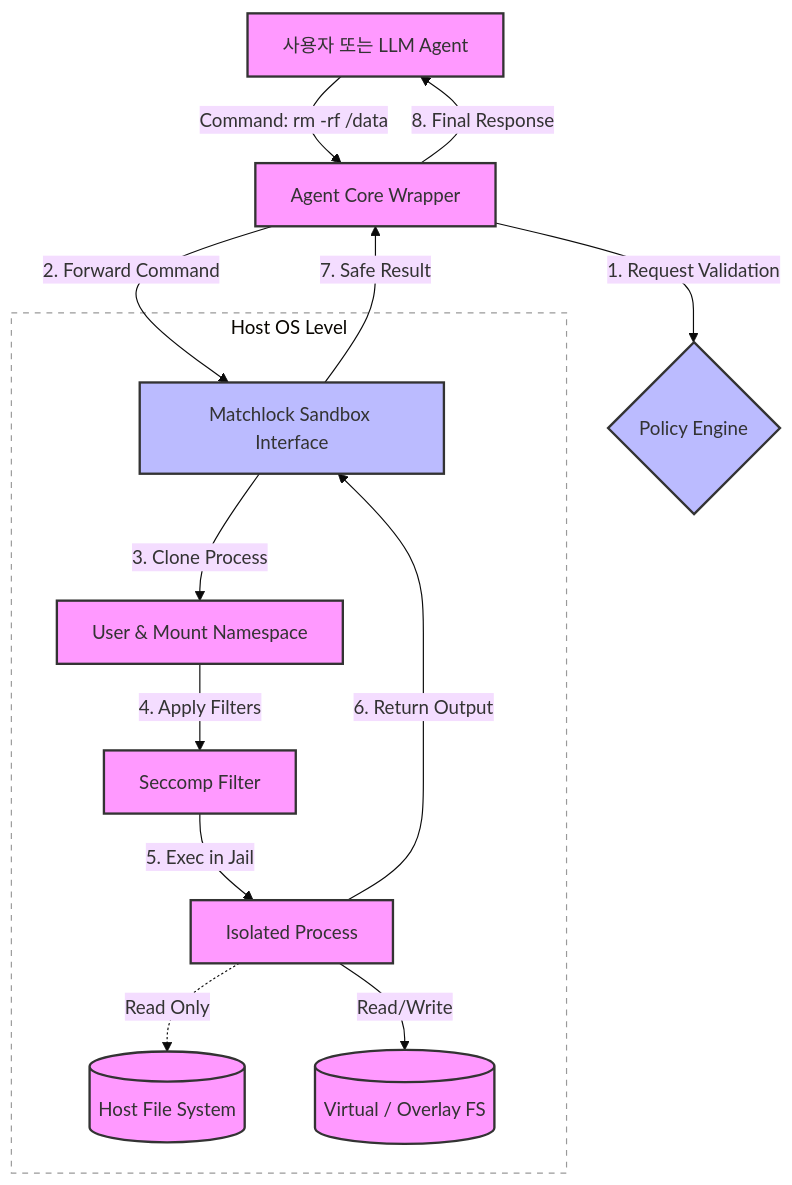
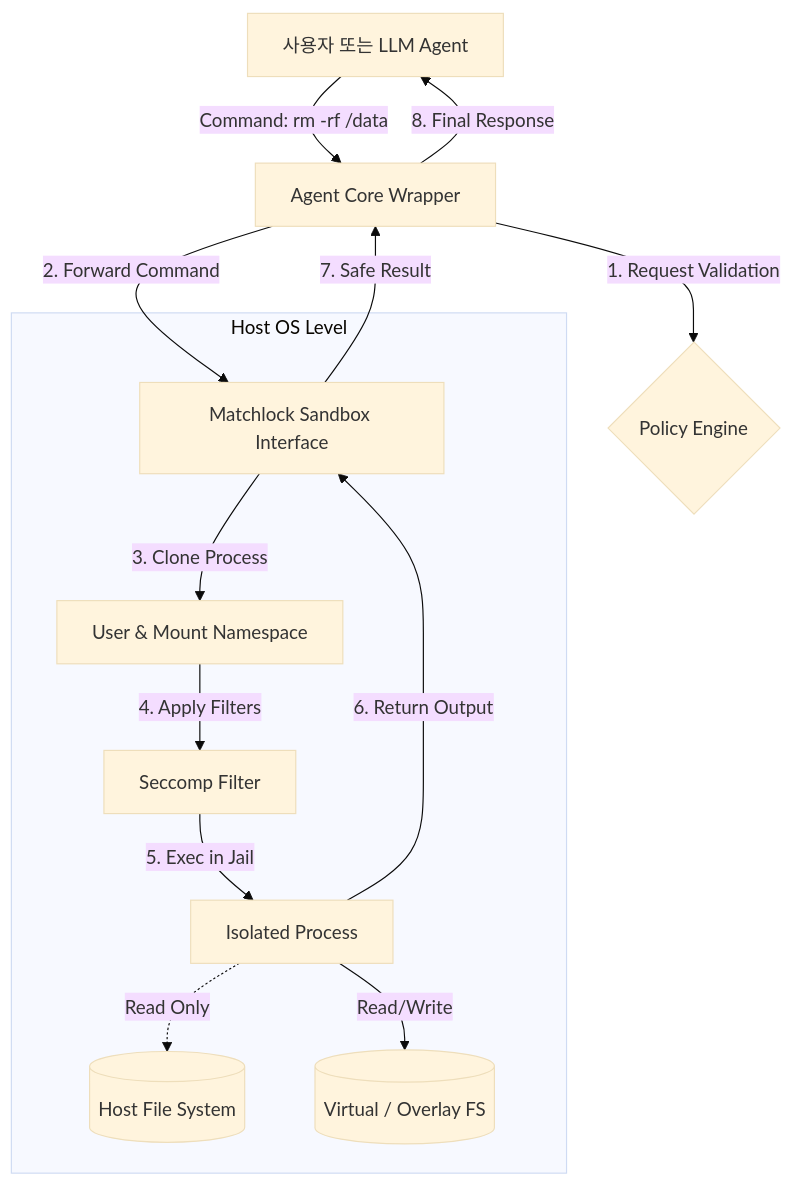
The diagram in content/post/AI/-Matchlock-AI-Agent-보안을-위한-Linux-샌드박스-구현/index.md (rebugui/rebugui.github.io), drawn with Mermaid (base theme) before and after one commit. The commit also changed 14 other files, not shown here.

First line of the commit message:
fix: 최근 3일간 블로그 Mermaid 다이어그램 스타일 제거

````diff
--- a/content/post/AI/-Matchlock-AI-Agent-보안을-위한-Linux-샌드박스-구현/index.md
+++ b/content/post/AI/-Matchlock-AI-Agent-보안을-위한-Linux-샌드박스-구현/index.md
@@ -33,35 +33,25 @@
 ```mermaid
 graph TD
     User[사용자 또는 LLM Agent] -->|Command: rm -rf /data| AgentCore[Agent Core Wrapper]
 
     AgentCore -->|1. Request Validation| PolicyMgr{Policy Engine}
     AgentCore -->|2. Forward Command| Matchlock[Matchlock Sandbox Interface]
 
     subgraph HostSystem [Host OS Level]
         Matchlock -->|3. Clone Process| Unshare[User & Mount Namespace]
         Unshare -->|4. Apply Filters| Seccomp[Seccomp Filter]
         Seccomp -->|5. Exec in Jail| IsolatedProc[Isolated Process]
         
         HostFS[(Host File System)]
         VirtualFS[(Virtual / Overlay FS)]
         
         IsolatedProc -.->|Read Only| HostFS
         IsolatedProc -->|Read/Write| VirtualFS
     end
 
     IsolatedProc -->|6. Return Output| Matchlock
     Matchlock -->|7. Safe Result| AgentCore
     AgentCore -->|8. Final Response| User
 
     %% 스타일 적용
-    style User fill:#f9f,stroke:#333,stroke-width:2px
-    style AgentCore fill:#f9f,stroke:#333,stroke-width:2px
-    style PolicyMgr fill:#bbf,stroke:#333,stroke-width:2px
-    style Matchlock fill:#bbf,stroke:#333,stroke-width:2px
-    style Unshare fill:#f9f,stroke:#333,stroke-width:2px
-    style Seccomp fill:#f9f,stroke:#333,stroke-width:2px
-    style IsolatedProc fill:#f9f,stroke:#333,stroke-width:2px
-    style HostFS fill:#f9f,stroke:#333,stroke-width:2px
-    style VirtualFS fill:#f9f,stroke:#333,stroke-width:2px
-    style HostSystem fill:#fff,stroke:#999,stroke-width:1px,stroke-dasharray: 5 5
 ```
````
